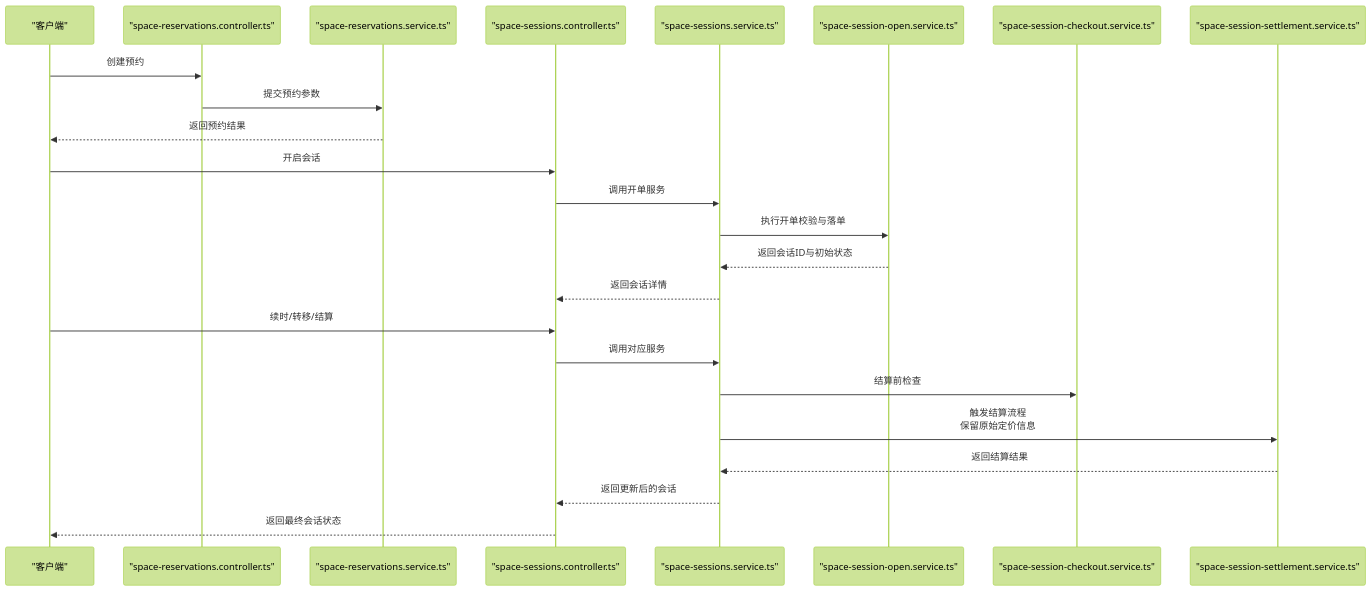
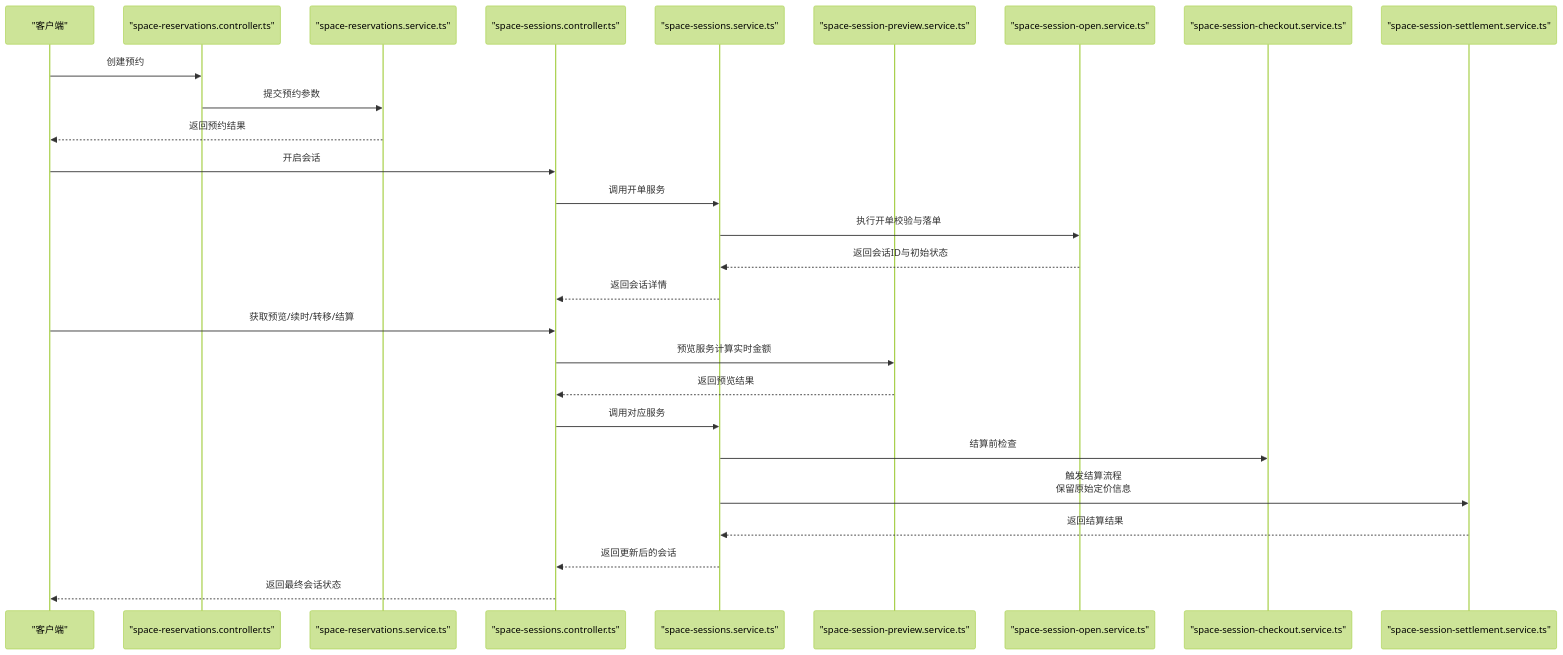
Before and after one commit to rc558620/purelyprofit-server: the second of 9 diagrams in .qoder/repowiki/zh/content/业务模块/运营管理模块/空间管理.md, drawn with Mermaid (forest theme). The commit also changed other lines of this file and 25 other files, not shown here.

````diff
--- a/.qoder/repowiki/zh/content/业务模块/运营管理模块/空间管理.md
+++ b/.qoder/repowiki/zh/content/业务模块/运营管理模块/空间管理.md
@@ -221,26 +239,29 @@
 ```mermaid
 sequenceDiagram
 participant U as "客户端"
 participant RC as "space-reservations.controller.ts"
 participant RS as "space-reservations.service.ts"
 participant SC as "space-sessions.controller.ts"
 participant SS as "space-sessions.service.ts"
+participant PS as "space-session-preview.service.ts"
 participant OS as "space-session-open.service.ts"
 participant CS as "space-session-checkout.service.ts"
 participant ST as "space-session-settlement.service.ts"
 U->>RC : 创建预约
 RC->>RS : 提交预约参数
 RS-->>U : 返回预约结果
 U->>SC : 开启会话
 SC->>SS : 调用开单服务
 SS->>OS : 执行开单校验与落单
 OS-->>SS : 返回会话ID与初始状态
 SS-->>SC : 返回会话详情
-U->>SC : 续时/转移/结算
+U->>SC : 获取预览/续时/转移/结算
+SC->>PS : 预览服务计算实时金额
+PS-->>SC : 返回预览结果
 SC->>SS : 调用对应服务
 SS->>CS : 结算前检查
 SS->>ST : 触发结算流程<br/>保留原始定价信息
 ST-->>SS : 返回结算结果
 SS-->>SC : 返回更新后的会话
 SC-->>U : 返回最终会话状态
 ```
````
